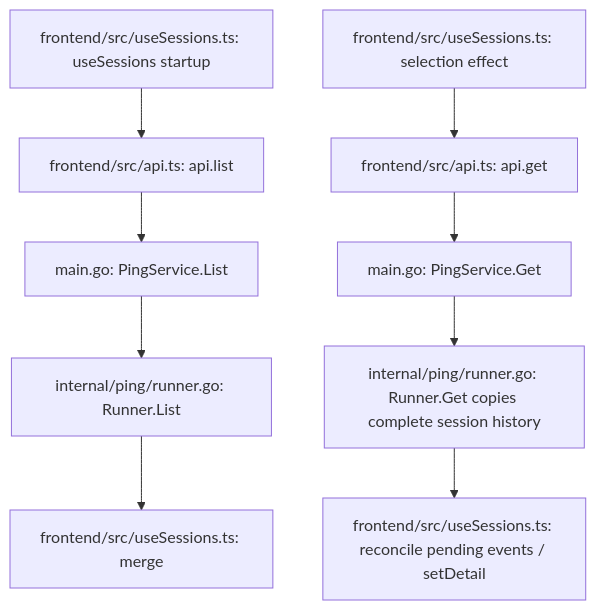
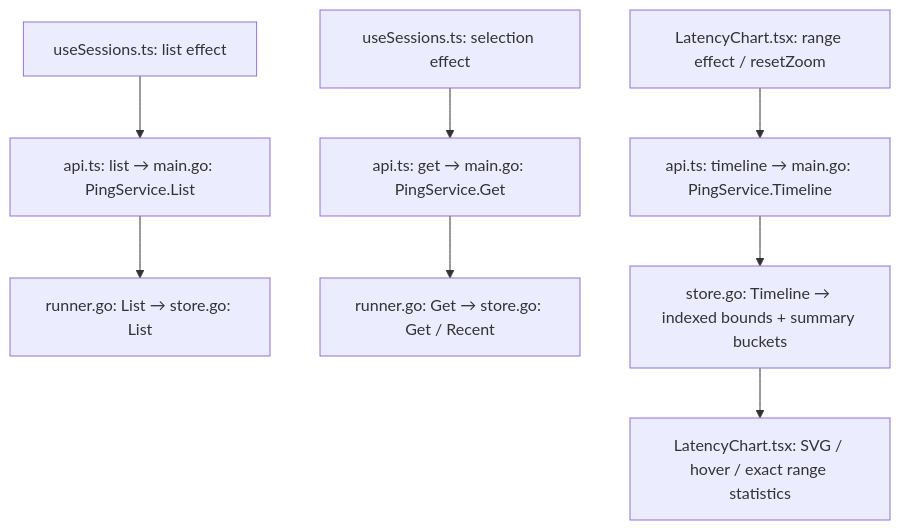
Before and after one commit to djian01/nt_gui: the second of 4 diagrams in docs/api_reference/http-wails-prototype.md, drawn with Mermaid. The commit also changed other lines of this file and 19 other files, not shown here.

Commit message:
Persist HTTP tests and add saved timeline workflows

````diff
--- a/docs/api_reference/http-wails-prototype.md
+++ b/docs/api_reference/http-wails-prototype.md
@@ -58,11 +58,10 @@
 ```mermaid
 flowchart TD
-    A["frontend/src/useSessions.ts: useSessions startup"] --> B["frontend/src/api.ts: api.list"]
-    B --> C["main.go: PingService.List"]
-    C --> D["internal/ping/runner.go: Runner.List"]
-    E["frontend/src/useSessions.ts: selection effect"] --> F["frontend/src/api.ts: api.get"]
-    F --> G["main.go: PingService.Get"]
-    G --> H["internal/ping/runner.go: Runner.Get copies complete session history"]
-    D --> I["frontend/src/useSessions.ts: merge"]
-    H --> J["frontend/src/useSessions.ts: reconcile pending events / setDetail"]
+    A["useSessions.ts: list effect"] --> B["api.ts: list → main.go: PingService.List"]
+    B --> C["runner.go: List → store.go: List"]
+    D["useSessions.ts: selection effect"] --> E["api.ts: get → main.go: PingService.Get"]
+    E --> F["runner.go: Get → store.go: Get / Recent"]
+    G["LatencyChart.tsx: range effect / resetZoom"] --> H["api.ts: timeline → main.go: PingService.Timeline"]
+    H --> I["store.go: Timeline → indexed bounds + summary buckets"]
+    I --> J["LatencyChart.tsx: SVG / hover / exact range statistics"]
 ```
````
